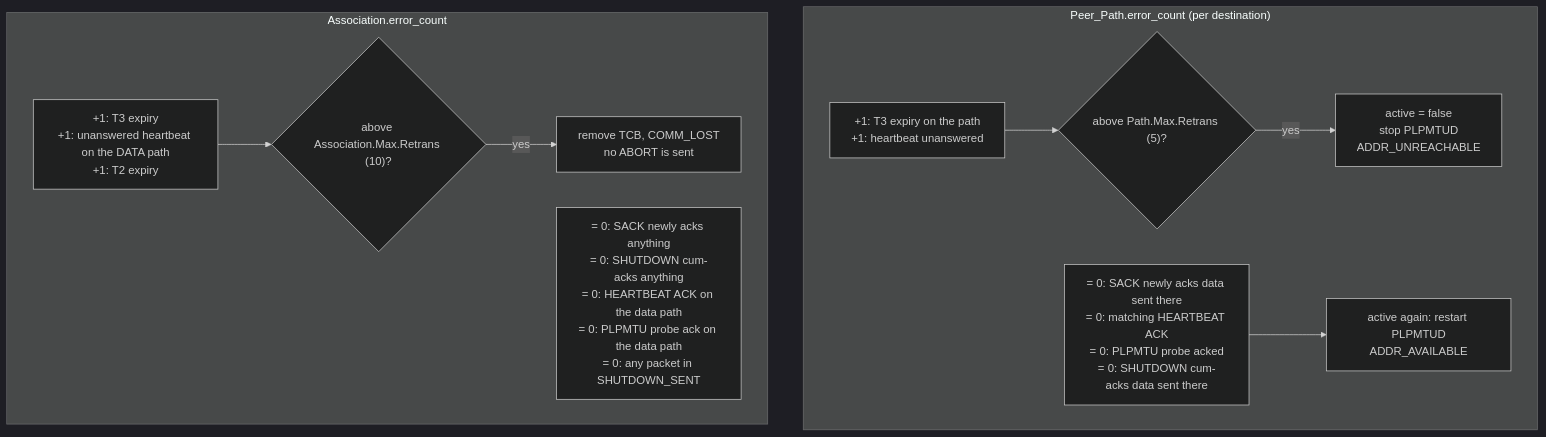
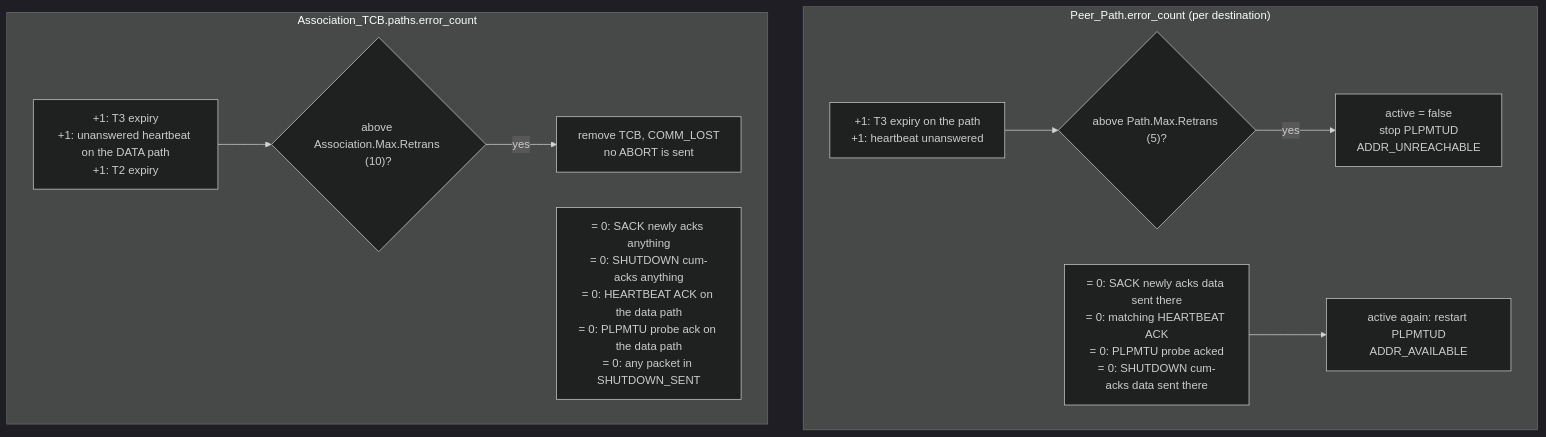
One commit to ethanallenfernandez/sctp-stack changed the fifth of 5 diagrams in docs/devs/06-timers.md. Above: the diagram before and after it, drawn with Mermaid (dark theme). The commit also changed 38 other files, not shown here.

````diff
--- a/docs/devs/06-timers.md
+++ b/docs/devs/06-timers.md
@@ -179,18 +179,18 @@
 ```mermaid
 flowchart TB
     subgraph P["Peer_Path.error_count (per destination)"]
         pi["+1: T3 expiry on the path<br/>+1: heartbeat unanswered"]
         pc["= 0: SACK newly acks data sent there<br/>= 0: matching HEARTBEAT ACK<br/>= 0: PLPMTU probe acked<br/>= 0: SHUTDOWN cum-acks data sent there"]
         pt{"above Path.Max.Retrans (5)?"}
         pi --> pt
         pt -- "yes" --> inactive["active = false<br/>stop PLPMTUD<br/>ADDR_UNREACHABLE"]
         pc --> act["active again: restart PLPMTUD<br/>ADDR_AVAILABLE"]
     end
-    subgraph A["Association.error_count"]
+    subgraph A["Association_TCB.paths.error_count"]
         ai["+1: T3 expiry<br/>+1: unanswered heartbeat on the DATA path<br/>+1: T2 expiry"]
         ac["= 0: SACK newly acks anything<br/>= 0: SHUTDOWN cum-acks anything<br/>= 0: HEARTBEAT ACK on the data path<br/>= 0: PLPMTU probe ack on the data path<br/>= 0: any packet in SHUTDOWN_SENT"]
         at{"above Association.Max.Retrans (10)?"}
         ai --> at
         at -- "yes" --> gone["remove TCB, COMM_LOST<br/>no ABORT is sent"]
     end
 ```
````
